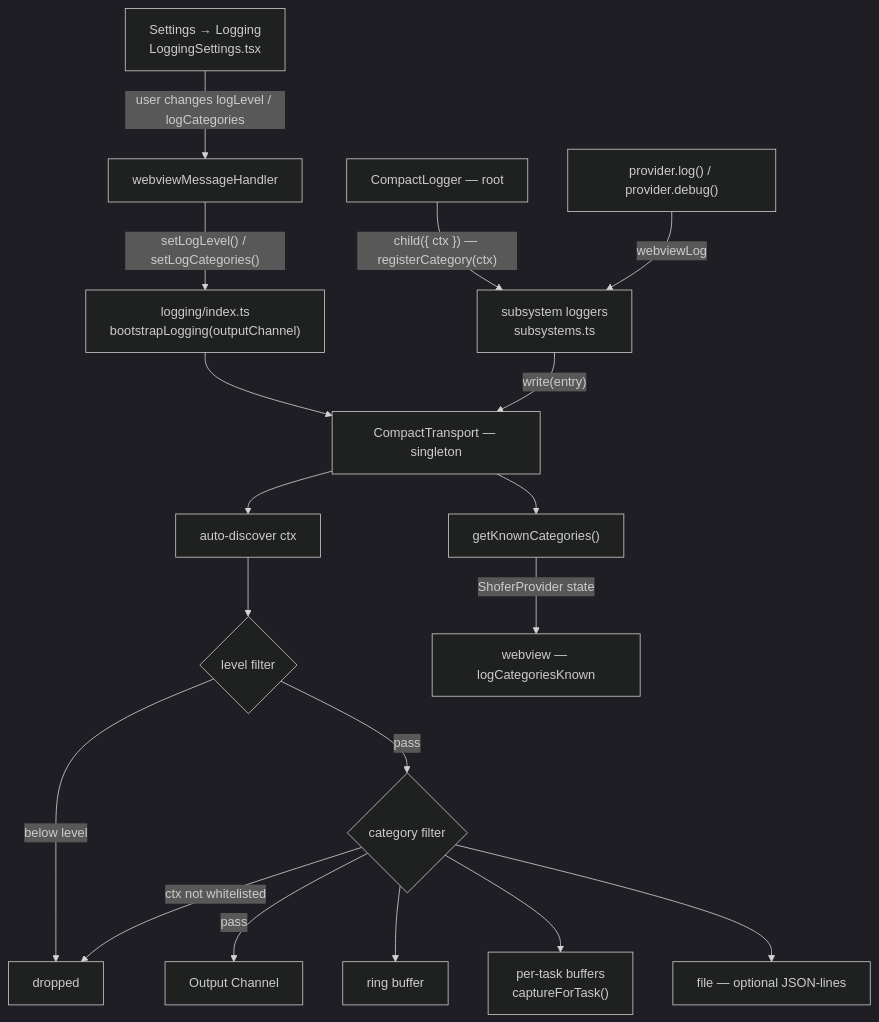
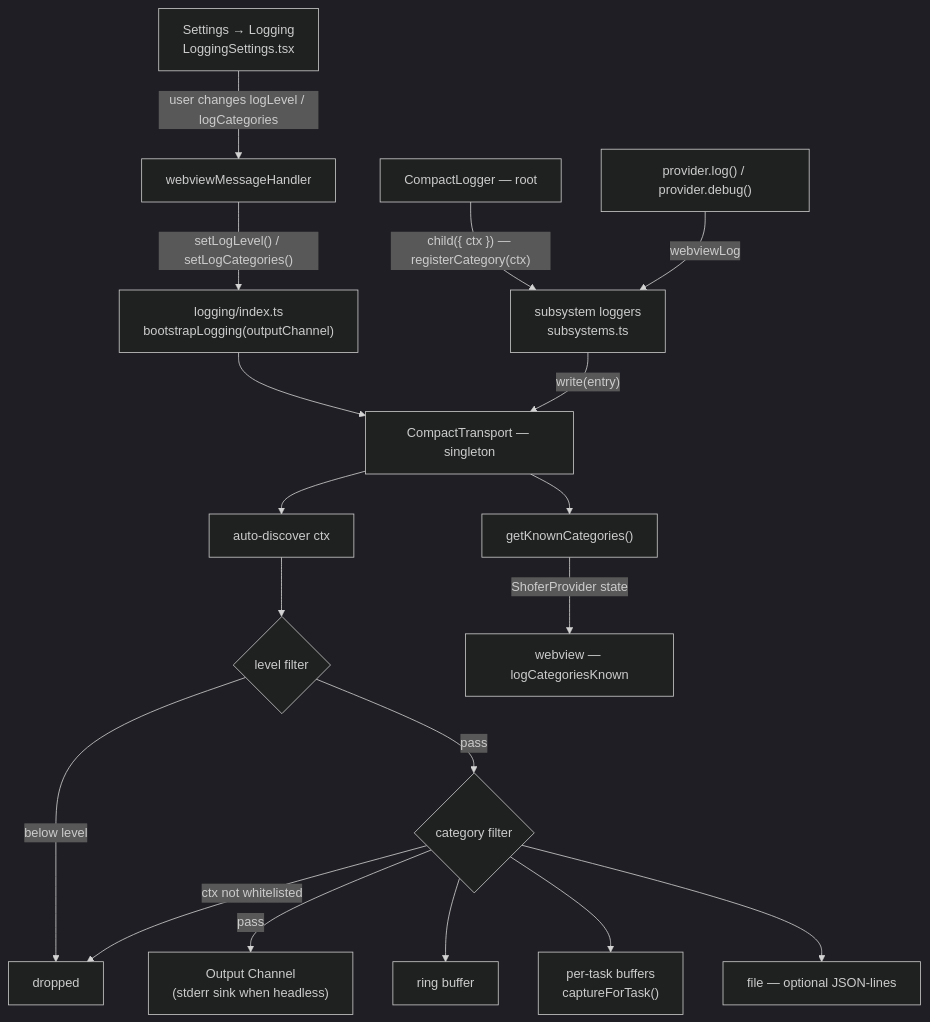
The first of 2 diagrams in docs/logging.md (shofer-dev/shofer), drawn with Mermaid (dark theme) before and after one commit. The commit also changed other lines of this file and 3 other files, not shown here.

First line of the commit message:
feat(logging): surface subsystem logs to stderr in headless hosts

````diff
--- a/docs/logging.md
+++ b/docs/logging.md
@@ -27,36 +27,36 @@
 ```mermaid
 flowchart TD
     LS["Settings → Logging<br/>LoggingSettings.tsx"]
     WMH["webviewMessageHandler"]
     IDX["logging/index.ts<br/>bootstrapLogging(outputChannel)"]
     ROOT["CompactLogger — root"]
     SUBS["subsystem loggers<br/>subsystems.ts"]
     PROV["provider.log() / provider.debug()"]
     CT["CompactTransport — singleton"]
     DISC["auto-discover ctx"]
     LVL{"level filter"}
     CAT{"category filter"}
-    OC["Output Channel"]
+    OC["Output Channel<br/>(stderr sink when headless)"]
     RING["ring buffer"]
     TASKBUF["per-task buffers<br/>captureForTask()"]
     FILE["file — optional JSON-lines"]
     KNOWN["getKnownCategories()"]
     WEBV["webview — logCategoriesKnown"]
     DROP["dropped"]
 
     LS -->|"user changes logLevel / logCategories"| WMH
     WMH -->|"setLogLevel() / setLogCategories()"| IDX
     IDX --> CT
     ROOT -->|"child({ ctx }) — registerCategory(ctx)"| SUBS
     PROV -->|"webviewLog"| SUBS
     SUBS -->|"write(entry)"| CT
     CT --> DISC --> LVL
     LVL -->|below level| DROP
     LVL -->|pass| CAT
     CAT -->|"ctx not whitelisted"| DROP
     CAT -->|pass| OC
     CAT --> RING
     CAT --> TASKBUF
     CAT --> FILE
     CT --> KNOWN -->|"ShoferProvider state"| WEBV
 ```
````
